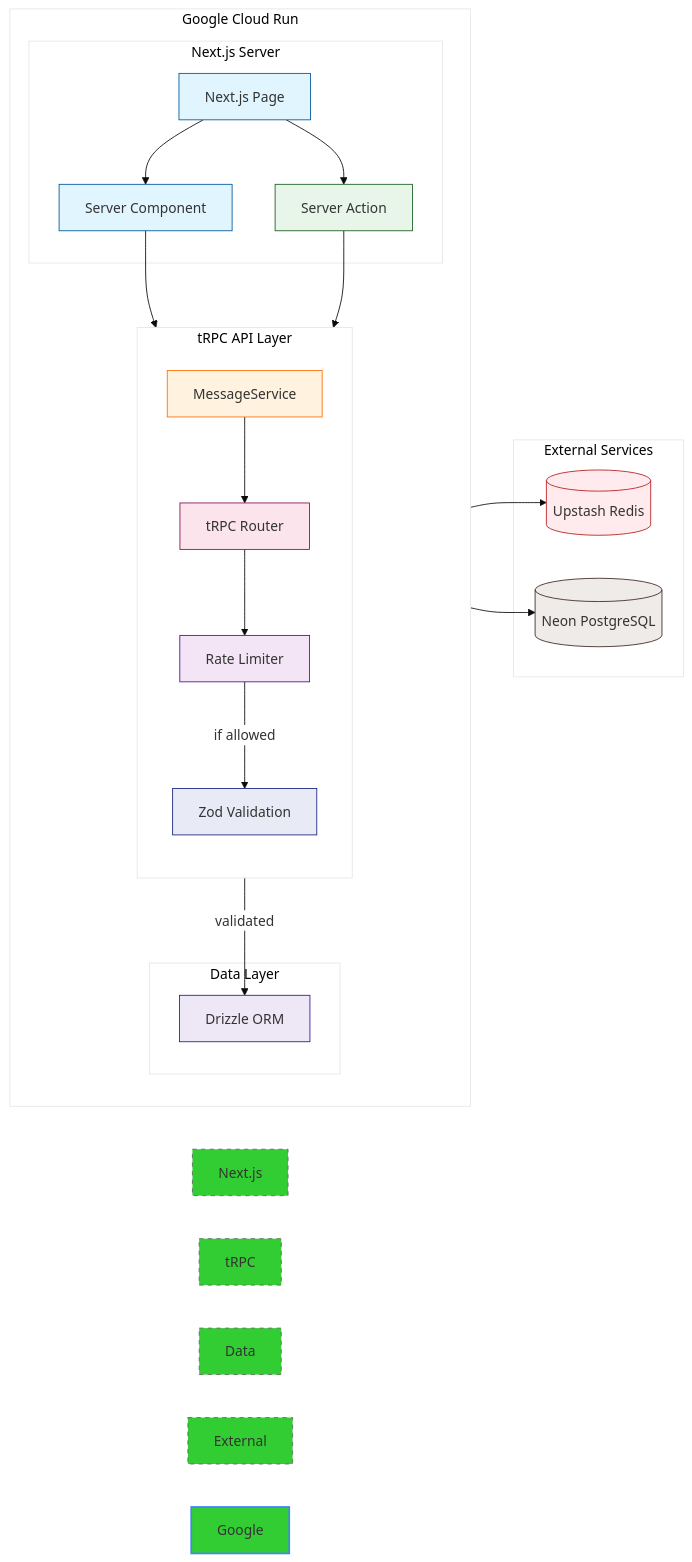
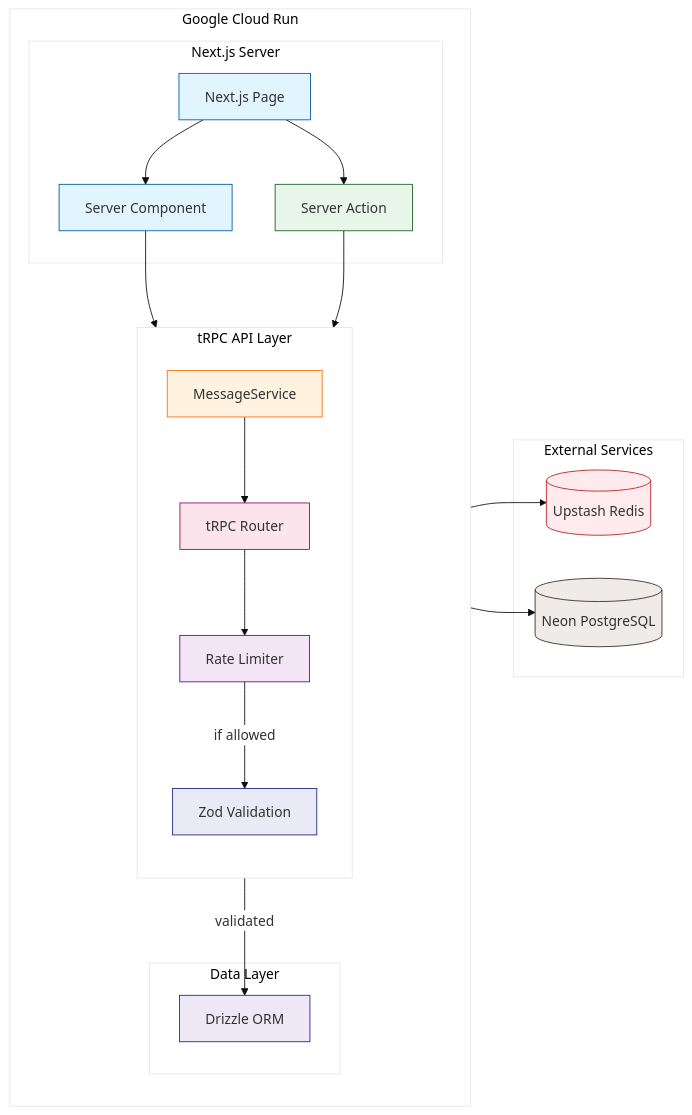
One commit to omste/helloworld changed the diagram in README.md. Above: the diagram before and after it, drawn with Mermaid. The commit also changed 35 other files, not shown here.

````diff
--- a/README.md
+++ b/README.md
@@ -44,62 +44,57 @@
 ```mermaid
 %%{init: {'theme': 'base', 'themeVariables': { 'primaryColor': '#32CD32', 'edgeLabelBackground':'#fff', 'tertiaryColor': '#fff'}}}%%
 graph LR
     %% Cloud Platform
     subgraph "Google Cloud Run"
         direction TB
         subgraph "Next.js Server"
             Page[Next.js Page]
             SC[Server Component]
             SA[Server Action]
         end
 
         subgraph "tRPC API Layer"
             direction TB
             RL[Rate Limiter]
             TR[tRPC Router]
             ZV[Zod Validation]
             MS[MessageService]
         end
 
         subgraph "Data Layer"
             DO[Drizzle ORM]
         end
     end
 
     %% External Services
     subgraph "External Services"
         RD[(Upstash Redis)]
         DB[(Neon PostgreSQL)]
     end
 
     %% Flow
     Page --> SC
     Page --> SA
     SC --> MS
     SA --> MS
     MS --> TR
     TR --> RL
     RL --> RD
     RL --> |if allowed| ZV
     ZV --> |validated| DO
     DO --> DB
 
     %% Styles
     style Page fill:#e1f5fe,stroke:#01579b
     style SC fill:#e1f5fe,stroke:#01579b
     style SA fill:#e8f5e9,stroke:#1b5e20
     style MS fill:#fff3e0,stroke:#ff6f00
     style TR fill:#fce4ec,stroke:#880e4f
     style RL fill:#f3e5f5,stroke:#4a148c
     style ZV fill:#e8eaf6,stroke:#1a237e
     style DO fill:#ede7f6,stroke:#311b92
     style DB fill:#efebe9,stroke:#3e2723
     style RD fill:#ffebee,stroke:#b71c1c
 
-    %% Container styles
-    style Next.js Server fill:none,stroke:#666,stroke-dasharray: 5 5
-    style tRPC API Layer fill:none,stroke:#666,stroke-dasharray: 5 5
-    style Data Layer fill:none,stroke:#666,stroke-dasharray: 5 5
-    style External Services fill:none,stroke:#666,stroke-dasharray: 5 5
-    style Google Cloud Run fill:none,stroke:#4285f4,stroke-width:2px
+
 ```
````
